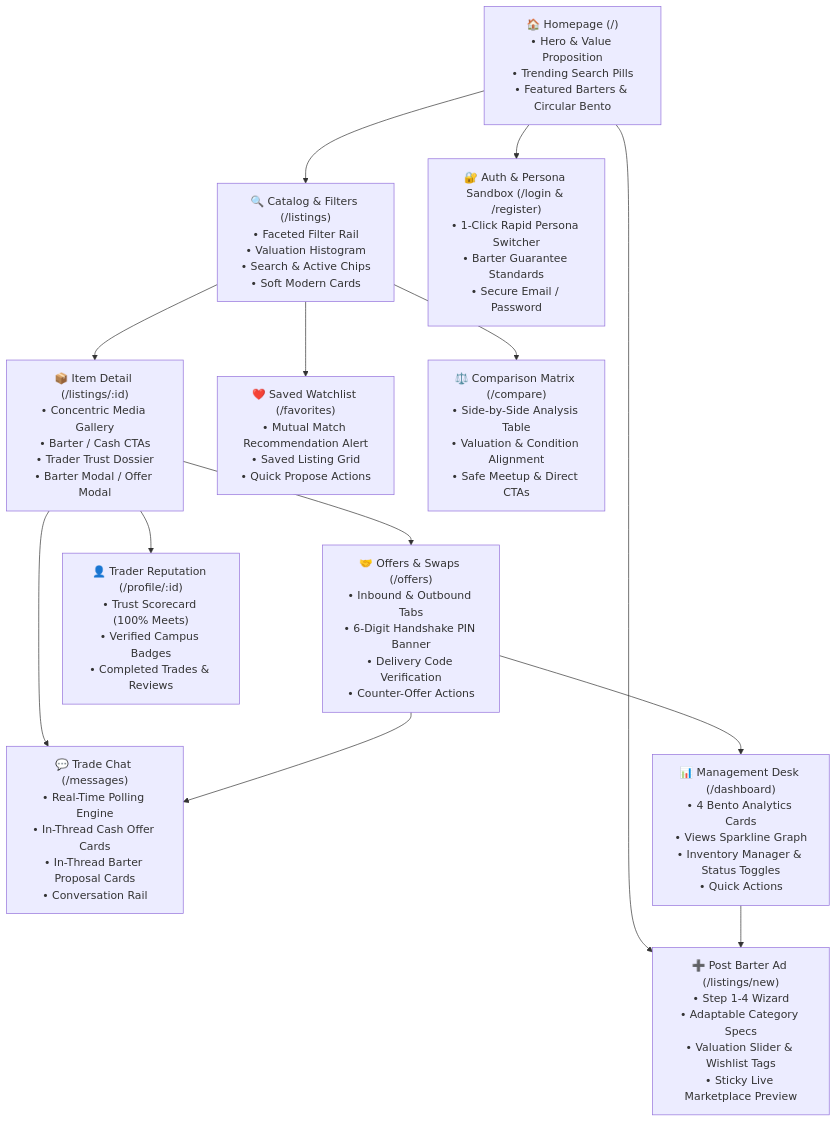
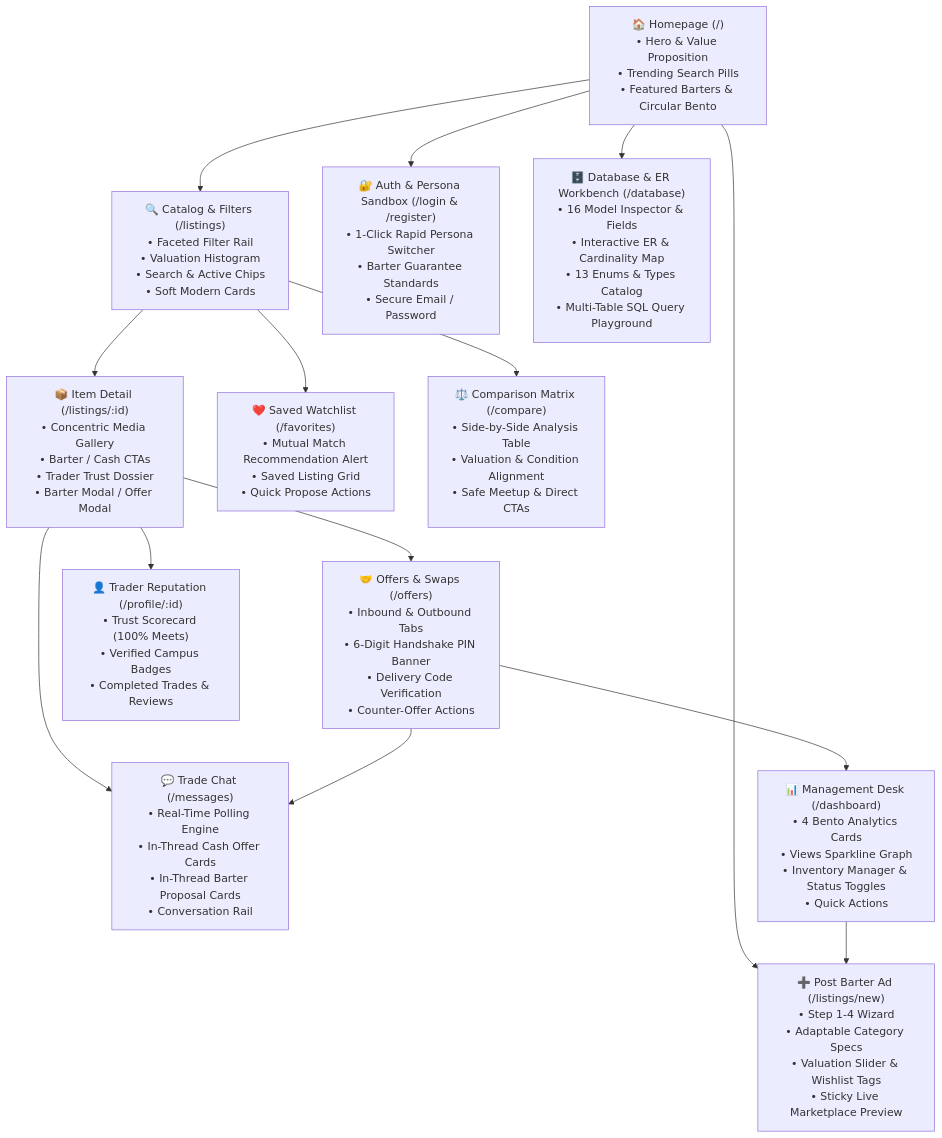
The first of 2 diagrams in README.md (H4R5H1L-27/BaterHub), drawn with Mermaid before and after one commit. The commit also changed other lines of this file and 26 other files, not shown here.

Commit message:
feat: database architecture hub, interactive ER diagram, custom SQL studio, and secure handshake verification

````diff
--- a/README.md
+++ b/README.md
@@ -11,27 +90,29 @@
 ```mermaid
 graph TD
   Home["🏠 Homepage (/)<br/>• Hero & Value Proposition<br/>• Trending Search Pills<br/>• Featured Barters & Circular Bento"]
   Browse["🔍 Catalog & Filters (/listings)<br/>• Faceted Filter Rail<br/>• Valuation Histogram<br/>• Search & Active Chips<br/>• Soft Modern Cards"]
   NewListing["➕ Post Barter Ad (/listings/new)<br/>• Step 1-4 Wizard<br/>• Adaptable Category Specs<br/>• Valuation Slider & Wishlist Tags<br/>• Sticky Live Marketplace Preview"]
   ListingDetail["📦 Item Detail (/listings/:id)<br/>• Concentric Media Gallery<br/>• Barter / Cash CTAs<br/>• Trader Trust Dossier<br/>• Barter Modal / Offer Modal"]
   Offers["🤝 Offers & Swaps (/offers)<br/>• Inbound & Outbound Tabs<br/>• 6-Digit Handshake PIN Banner<br/>• Delivery Code Verification<br/>• Counter-Offer Actions"]
   Messages["💬 Trade Chat (/messages)<br/>• Real-Time Polling Engine<br/>• In-Thread Cash Offer Cards<br/>• In-Thread Barter Proposal Cards<br/>• Conversation Rail"]
   Dashboard["📊 Management Desk (/dashboard)<br/>• 4 Bento Analytics Cards<br/>• Views Sparkline Graph<br/>• Inventory Manager & Status Toggles<br/>• Quick Actions"]
   Favorites["❤️ Saved Watchlist (/favorites)<br/>• Mutual Match Recommendation Alert<br/>• Saved Listing Grid<br/>• Quick Propose Actions"]
   Compare["⚖️ Comparison Matrix (/compare)<br/>• Side-by-Side Analysis Table<br/>• Valuation & Condition Alignment<br/>• Safe Meetup & Direct CTAs"]
   Profile["👤 Trader Reputation (/profile/:id)<br/>• Trust Scorecard (100% Meets)<br/>• Verified Campus Badges<br/>• Completed Trades & Reviews"]
   Auth["🔐 Auth & Persona Sandbox (/login & /register)<br/>• 1-Click Rapid Persona Switcher<br/>• Barter Guarantee Standards<br/>• Secure Email / Password"]
+  DB["🗄️ Database & ER Workbench (/database)<br/>• 16 Model Inspector & Fields<br/>• Interactive ER & Cardinality Map<br/>• 13 Enums & Types Catalog<br/>• Multi-Table SQL Query Playground"]
 
   Home --> Browse
   Home --> NewListing
   Home --> Auth
+  Home --> DB
   Browse --> ListingDetail
   Browse --> Compare
   ListingDetail --> Offers
   ListingDetail --> Messages
   Offers --> Messages
   Offers --> Dashboard
   Dashboard --> NewListing
   Browse --> Favorites
   ListingDetail --> Profile
 ```
````
